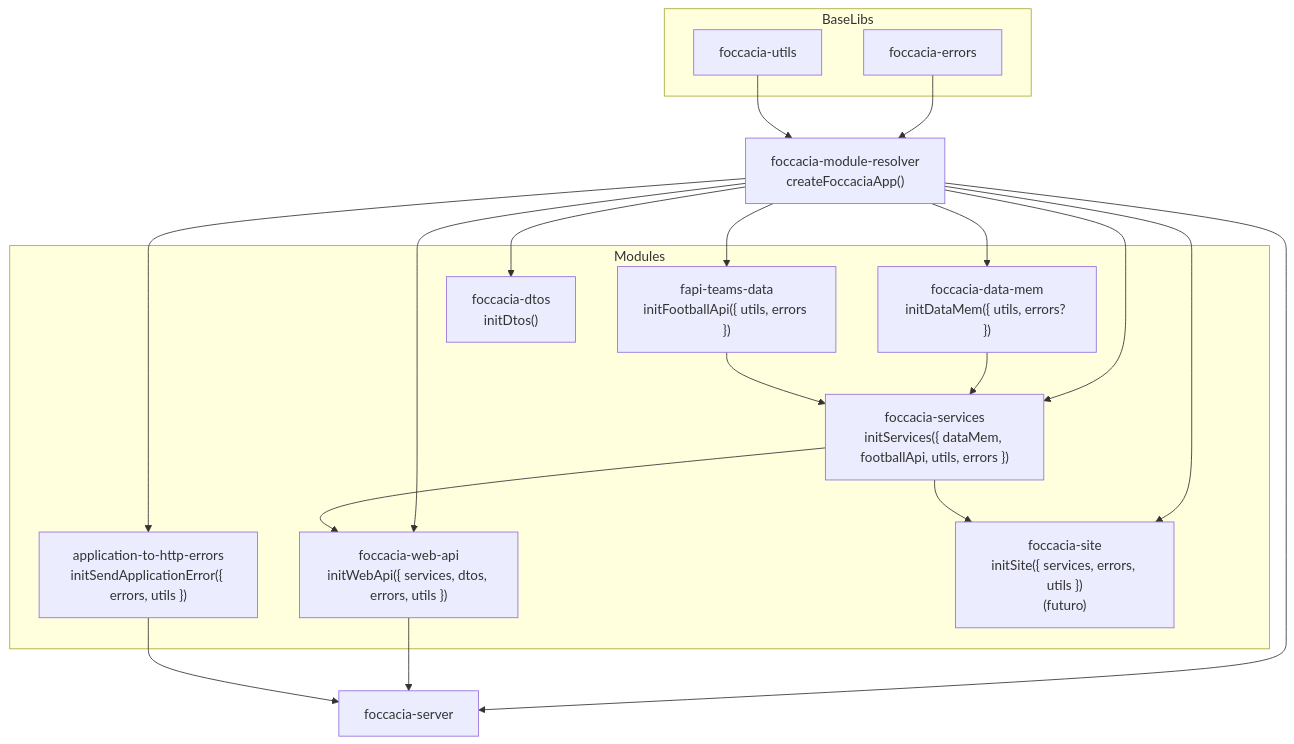
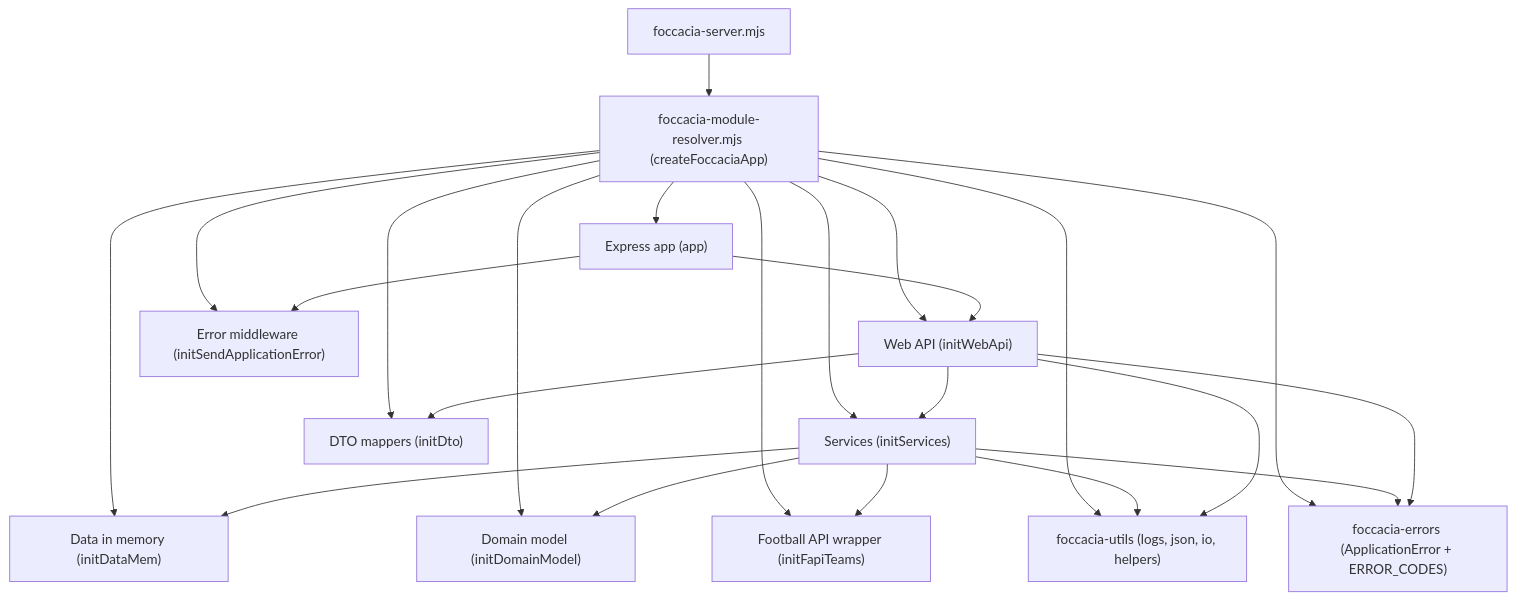
Before and after one commit to diniscorreiaa/foccacia: the diagram in README.md, drawn with Mermaid. The commit also changed other lines of this file and 10 other files, not shown here.

Commit message:
UPDATE : TODOs with Eng. recommendacion and add web-site structure

````diff
--- a/README.md
+++ b/README.md
@@ -483,46 +292,37 @@
 ```mermaid
-graph TD
 
-    subgraph BaseLibs
-        Errors["foccacia-errors"]
-        Utils["foccacia-utils"]
-    end
+flowchart TD
+    FS["foccacia-server.mjs"]
+    MR["foccacia-module-resolver.mjs (createFoccaciaApp)"]
 
-    subgraph Modules
-        DataMem["foccacia-data-mem\ninitDataMem({ utils, errors? })"]
-        Fapi["fapi-teams-data\ninitFootballApi({ utils, errors })"]
-        Services["foccacia-services\ninitServices({ dataMem, footballApi, utils, errors })"]
-        WebApi["foccacia-web-api\ninitWebApi({ services, dtos, errors, utils })"]
-        Dtos["foccacia-dtos\ninitDtos()"]
-        ErrorHandler["application-to-http-errors\ninitSendApplicationError({ errors, utils })"]
-        Site["foccacia-site\ninitSite({ services, errors, utils })\n(futuro)"]
-    end
+%% raiz
+    FS --> MR
 
-    Resolver["foccacia-module-resolver\ncreateFoccaciaApp()"]
-    Server["foccacia-server"]
+%% módulos principais criados pelo resolver
+    MR --> App["Express app (app)"]
+    MR --> Api["Web API (initWebApi)"]
+    MR --> Services["Services (initServices)"]
+    MR --> DataMem["Data in memory (initDataMem)"]
+    MR --> Domain["Domain model (initDomainModel)"]
+    MR --> Fapi["Football API wrapper (initFapiTeams)"]
+    MR --> Dto["DTO mappers (initDto)"]
+    MR --> ErrMw["Error middleware (initSendApplicationError)"]
+    MR --> Utils["foccacia-utils (logs, json, io, helpers)"]
+    MR --> Errors["foccacia-errors (ApplicationError + ERROR_CODES)"]
 
-%% Base libs só são importadas pelo resolver
-    Errors --> Resolver
-    Utils --> Resolver
+%% dependências internas
+    Services --> DataMem
+    Services --> Domain
+    Services --> Fapi
+    Services --> Utils
+    Services --> Errors
 
-%% Resolver injeta tudo
-    Resolver --> DataMem
-    Resolver --> Fapi
-    Resolver --> Dtos
-    Resolver --> Services
-    Resolver --> WebApi
-    Resolver --> ErrorHandler
-    Resolver --> Site
+    Api --> Services
+    Api --> Dto
+    Api --> Errors
+    Api --> Utils
 
-%% Fluxo lógico das dependências
-    DataMem --> Services
-    Fapi --> Services
-    Services --> WebApi
-    Services --> Site
-
-%% Server só fala com o resolver + APIs prontas
-    Resolver --> Server
-    WebApi --> Server
-    ErrorHandler --> Server
+    App --> Api
+    App --> ErrMw
 
 ```
````
